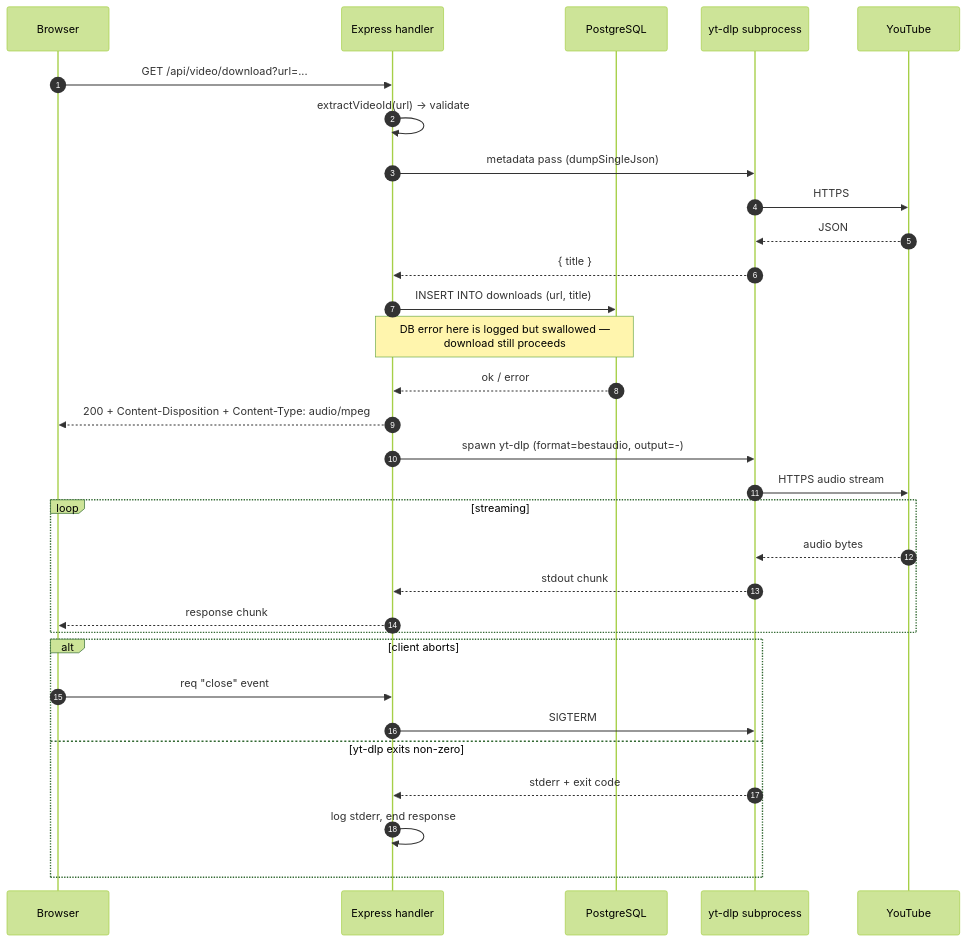
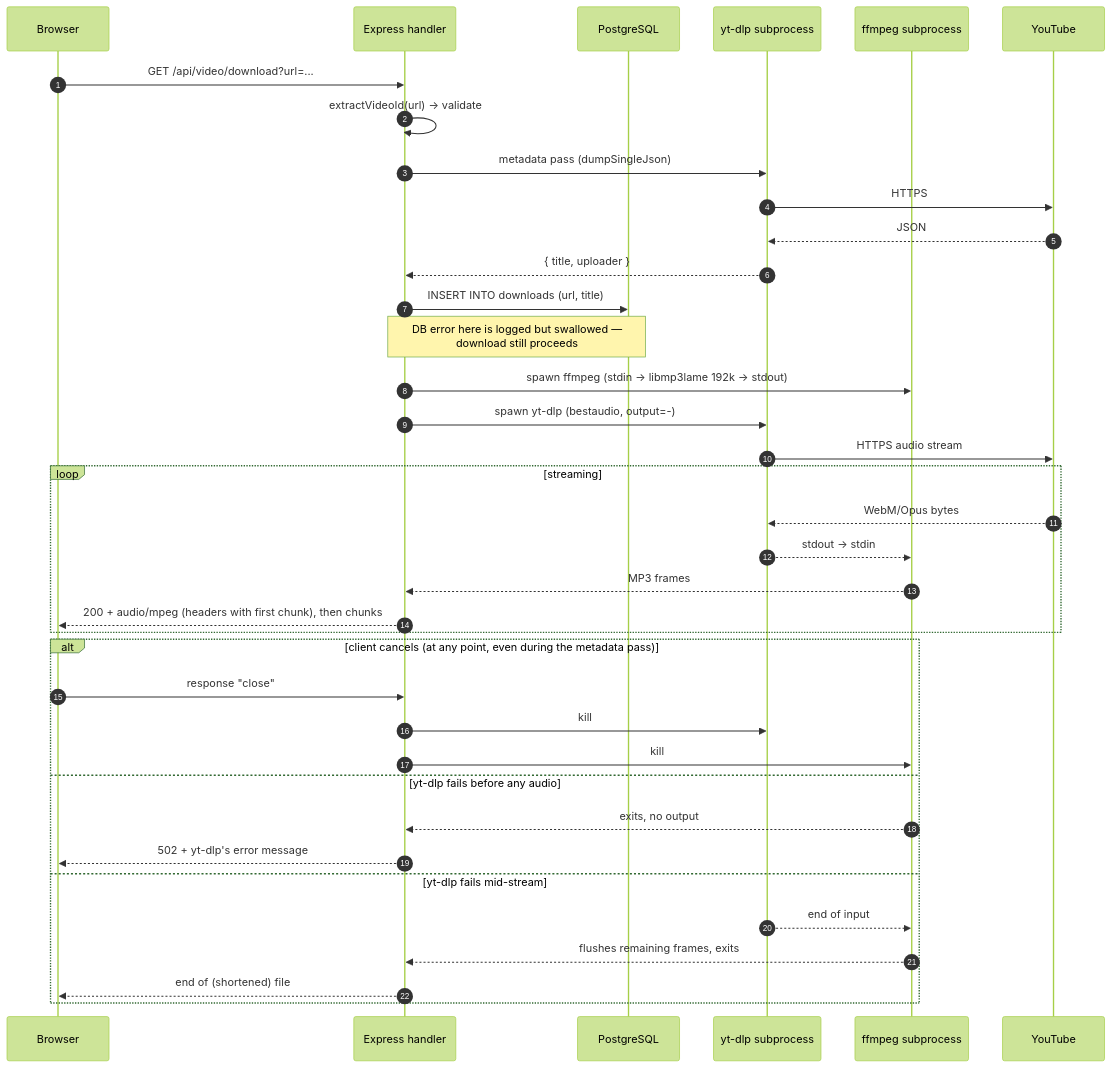
The third of 4 diagrams in TECHNICAL.md (ShayanZafar/YTDownload), drawn with Mermaid (forest theme) before and after one commit. The commit also changed other lines of this file and 18 other files, not shown here.

````diff
--- a/TECHNICAL.md
+++ b/TECHNICAL.md
@@ -155,34 +163,40 @@
 ```mermaid
 sequenceDiagram
   autonumber
   participant C as Browser
   participant S as Express handler
   participant DB as PostgreSQL
   participant Y as yt-dlp subprocess
+  participant F as ffmpeg subprocess
   participant YT as YouTube
 
   C->>S: GET /api/video/download?url=...
   S->>S: extractVideoId(url) → validate
   S->>Y: metadata pass (dumpSingleJson)
   Y->>YT: HTTPS
   YT-->>Y: JSON
-  Y-->>S: { title }
+  Y-->>S: { title, uploader }
   S->>DB: INSERT INTO downloads (url, title)
   Note over S,DB: DB error here is logged but swallowed —<br/>download still proceeds
-  DB-->>S: ok / error
-  S-->>C: 200 + Content-Disposition + Content-Type: audio/mpeg
-  S->>Y: spawn yt-dlp (format=bestaudio, output=-)
+  S->>F: spawn ffmpeg (stdin → libmp3lame 192k → stdout)
+  S->>Y: spawn yt-dlp (bestaudio, output=-)
   Y->>YT: HTTPS audio stream
   loop streaming
-    YT-->>Y: audio bytes
-    Y-->>S: stdout chunk
-    S-->>C: response chunk
+    YT-->>Y: WebM/Opus bytes
+    Y-->>F: stdout → stdin
+    F-->>S: MP3 frames
+    S-->>C: 200 + audio/mpeg (headers with first chunk), then chunks
   end
-  alt client aborts
-    C->>S: req "close" event
-    S->>Y: SIGTERM
-  else yt-dlp exits non-zero
-    Y-->>S: stderr + exit code
-    S->>S: log stderr, end response
+  alt client cancels (at any point, even during the metadata pass)
+    C->>S: response "close"
+    S->>Y: kill
+    S->>F: kill
+  else yt-dlp fails before any audio
+    F-->>S: exits, no output
+    S-->>C: 502 + yt-dlp's error message
+  else yt-dlp fails mid-stream
+    Y-->>F: end of input
+    F-->>S: flushes remaining frames, exits
+    S-->>C: end of (shortened) file
   end
 ```
````
